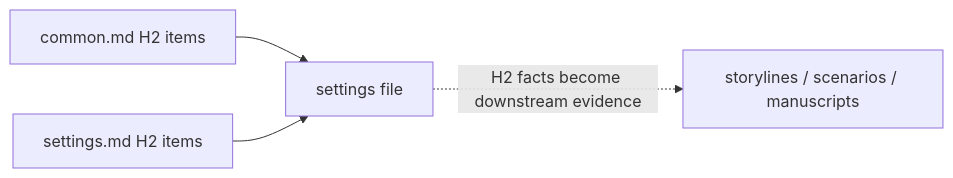
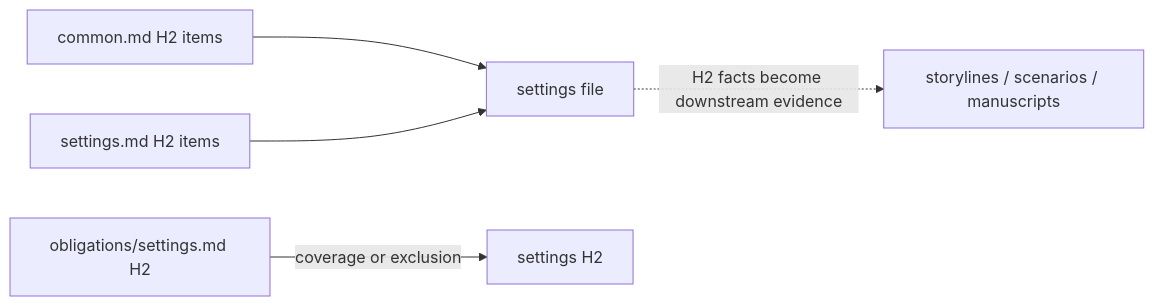
Before and after one commit to samchon/novels: the diagram in .agents/skills/novel/settings.md, drawn with Mermaid. The commit also changed other lines of this file and 59 other files, not shown here.

````diff
--- a/.agents/skills/novel/settings.md
+++ b/.agents/skills/novel/settings.md
@@ -37,6 +37,7 @@
 ```mermaid
 flowchart LR
   CM["common.md H2 items"] --> SF["settings file"]
   P["settings.md H2 items"] --> SF
+  O["obligations/settings.md H2"] -->|"coverage or exclusion"| S2["settings H2"]
   SF -. "H2 facts become downstream evidence" .-> D["storylines / scenarios / manuscripts"]
 ```
````
